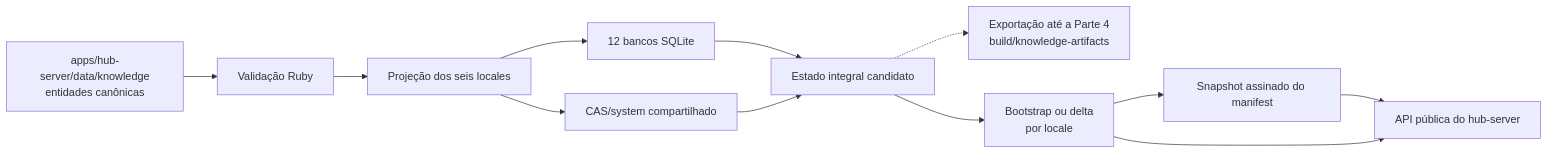
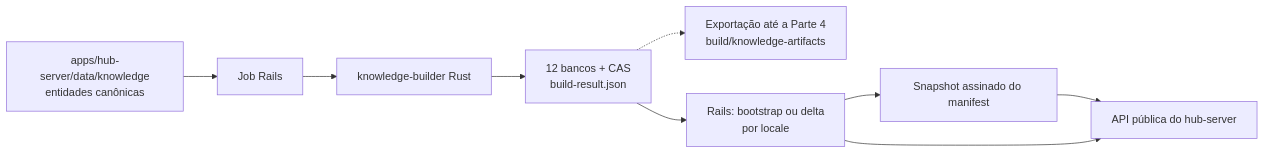
One commit to migmoroni/veterinary-clinic changed the first of 2 diagrams in docs/plans/hub-server/03-public-knowledge-publication.md. Above: the diagram before and after it, drawn with Mermaid. The commit also changed other lines of this file and 7 other files, not shown here.

Commit message:
docs: hub-server plans 4

````diff
--- a/docs/plans/hub-server/03-public-knowledge-publication.md
+++ b/docs/plans/hub-server/03-public-knowledge-publication.md
@@ -15,14 +15,11 @@
 ```mermaid
 flowchart LR
-    SOURCE["apps/hub-server/data/knowledge<br/>entidades canônicas"] --> VALIDATE["Validação Ruby"]
-    VALIDATE --> PROJECT["Projeção dos seis locales"]
-    PROJECT --> DATABASES["12 bancos SQLite"]
-    PROJECT --> CAS["CAS/system compartilhado"]
-    DATABASES --> CANDIDATE["Estado integral candidato"]
-    CAS --> CANDIDATE
+    SOURCE["apps/hub-server/data/knowledge<br/>entidades canônicas"] --> JOB["Job Rails"]
+    JOB --> BUILDER["knowledge-builder Rust"]
+    BUILDER --> CANDIDATE["12 bancos + CAS<br/>build-result.json"]
     CANDIDATE -.-> WORKSPACE["Exportação até a Parte 4<br/>build/knowledge-artifacts"]
-    CANDIDATE --> RELEASE["Bootstrap ou delta<br/>por locale"]
+    CANDIDATE --> RELEASE["Rails: bootstrap ou delta<br/>por locale"]
     RELEASE --> MANIFEST["Snapshot assinado do manifest"]
     MANIFEST --> API["API pública do hub-server"]
     RELEASE --> API
 ```
````
